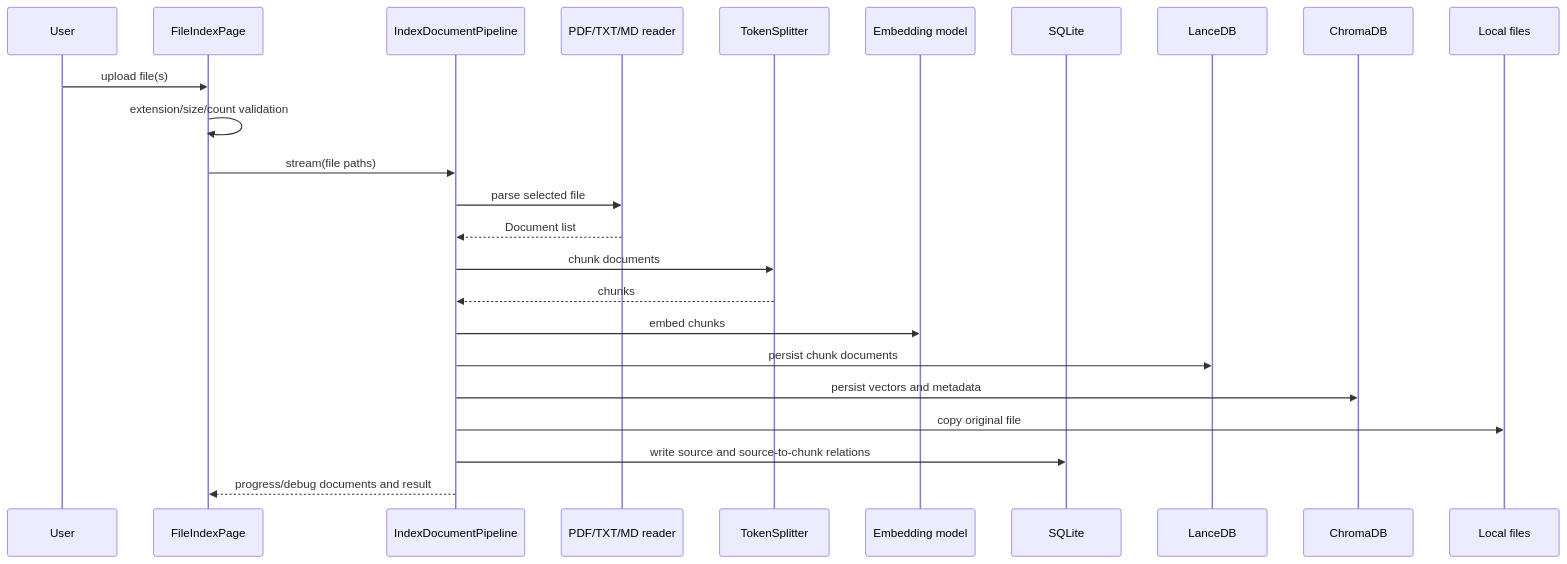
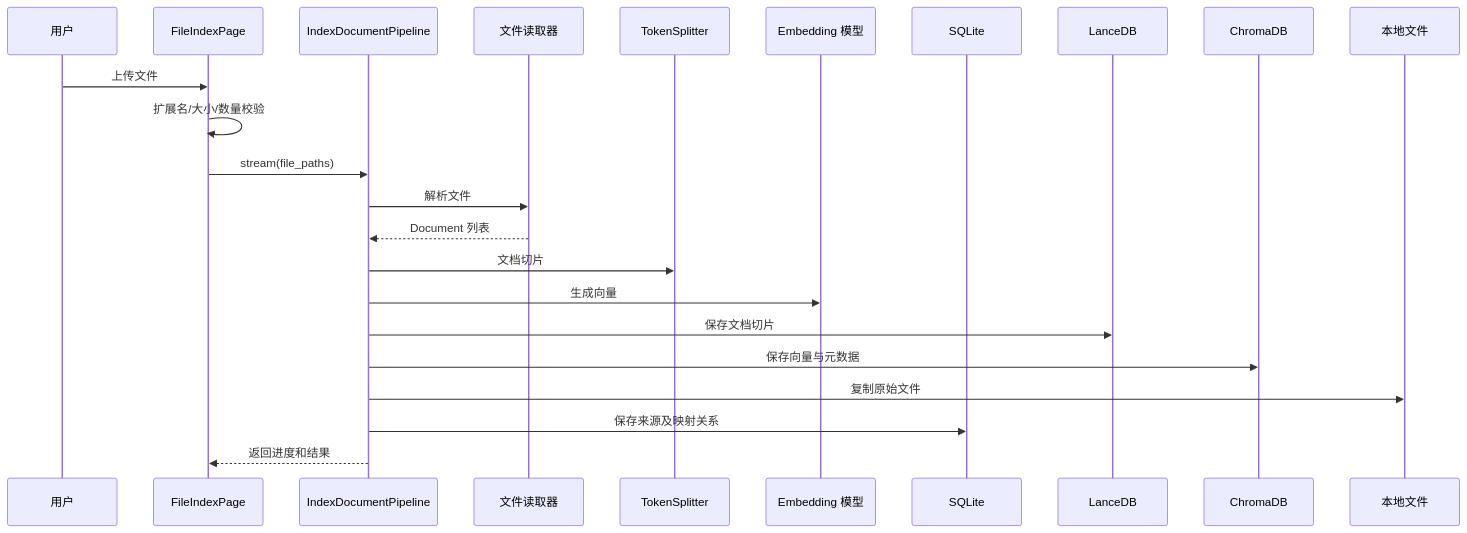
One commit to SwartzMss/knowledge-assistant changed the second of 4 diagrams in docs/development/runtime-flows.md. Above: the diagram before and after it, drawn with Mermaid. The commit also changed other lines of this file and 10 other files, not shown here.

````diff
--- a/docs/development/runtime-flows.md
+++ b/docs/development/runtime-flows.md
@@ -37,27 +29,25 @@
 ```mermaid
 sequenceDiagram
-    participant User
+    participant User as 用户
     participant UI as FileIndexPage
     participant Pipeline as IndexDocumentPipeline
-    participant Reader as PDF/TXT/MD reader
+    participant Reader as 文件读取器
     participant Splitter as TokenSplitter
-    participant Embed as Embedding model
+    participant Embed as Embedding 模型
     participant SQL as SQLite
     participant DS as LanceDB
     participant VS as ChromaDB
-    participant FS as Local files
-
-    User->>UI: upload file(s)
-    UI->>UI: extension/size/count validation
-    UI->>Pipeline: stream(file paths)
-    Pipeline->>Reader: parse selected file
-    Reader-->>Pipeline: Document list
-    Pipeline->>Splitter: chunk documents
-    Splitter-->>Pipeline: chunks
-    Pipeline->>Embed: embed chunks
-    Pipeline->>DS: persist chunk documents
-    Pipeline->>VS: persist vectors and metadata
-    Pipeline->>FS: copy original file
-    Pipeline->>SQL: write source and source-to-chunk relations
-    Pipeline-->>UI: progress/debug documents and result
+    participant FS as 本地文件
+    User->>UI: 上传文件
+    UI->>UI: 扩展名/大小/数量校验
+    UI->>Pipeline: stream(file_paths)
+    Pipeline->>Reader: 解析文件
+    Reader-->>Pipeline: Document 列表
+    Pipeline->>Splitter: 文档切片
+    Pipeline->>Embed: 生成向量
+    Pipeline->>DS: 保存文档切片
+    Pipeline->>VS: 保存向量与元数据
+    Pipeline->>FS: 复制原始文件
+    Pipeline->>SQL: 保存来源及映射关系
+    Pipeline-->>UI: 返回进度和结果
 ```
````
